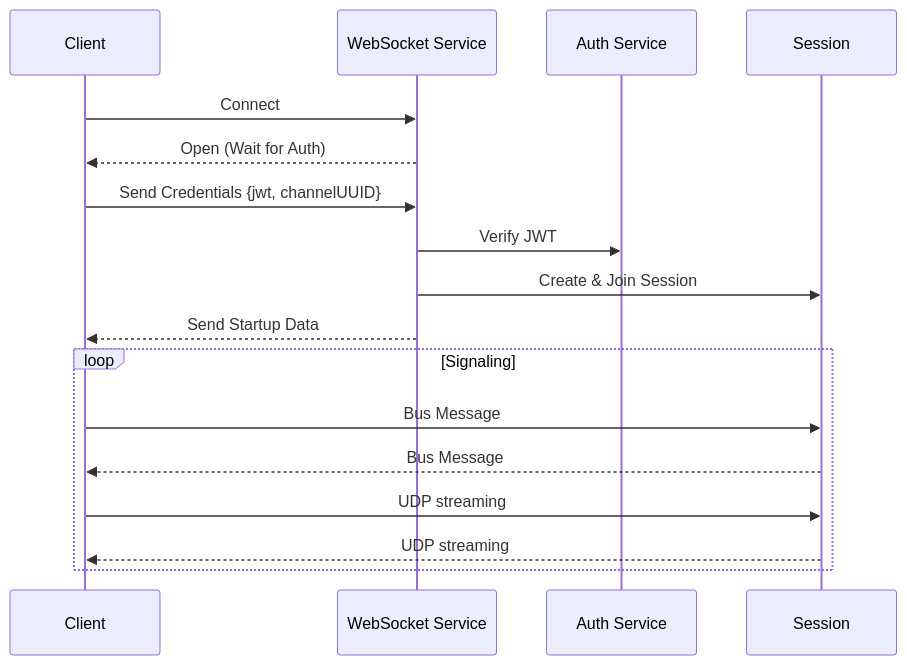
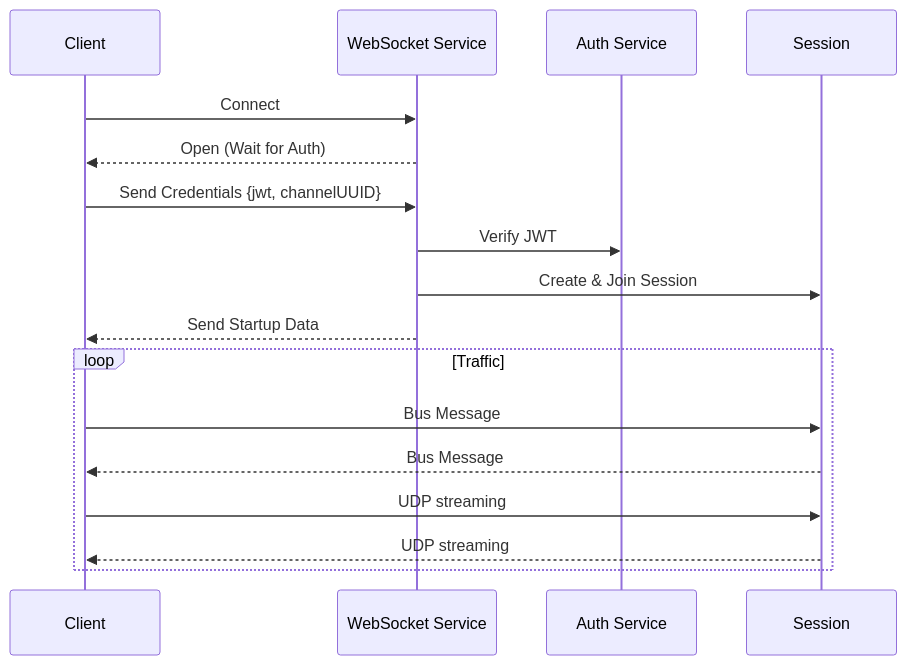
One commit to odoo/sfu changed the second of 2 diagrams in src/services/README.md. Above: the diagram before and after it, drawn with Mermaid. The commit also changed other lines of this file, not shown here.

````diff
--- a/src/services/README.md
+++ b/src/services/README.md
@@ -66,20 +54,20 @@
 ```mermaid
 sequenceDiagram
     participant C as Client
     participant WS as WebSocket Service
     participant A as Auth Service
     participant S as Session
 
     C->>WS: Connect
     WS-->>C: Open (Wait for Auth)
     C->>WS: Send Credentials {jwt, channelUUID}
     WS->>A: Verify JWT
     WS->>S: Create & Join Session
     WS-->>C: Send Startup Data
-    loop Signaling
+    loop Traffic
         C->>S: Bus Message
         S-->>C: Bus Message
         C->>S: UDP streaming
         S-->>C: UDP streaming
     end
 ```
````
